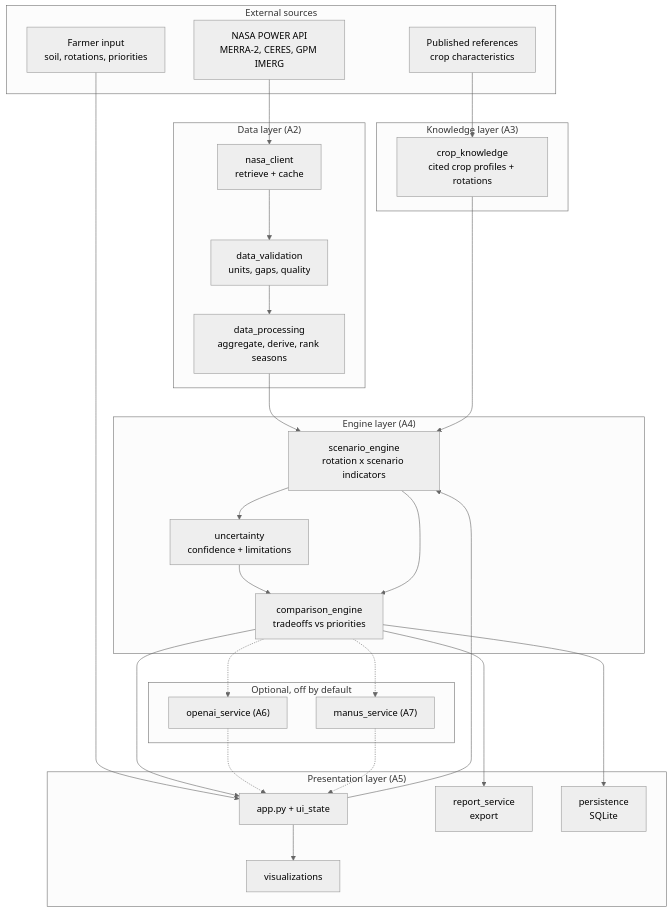
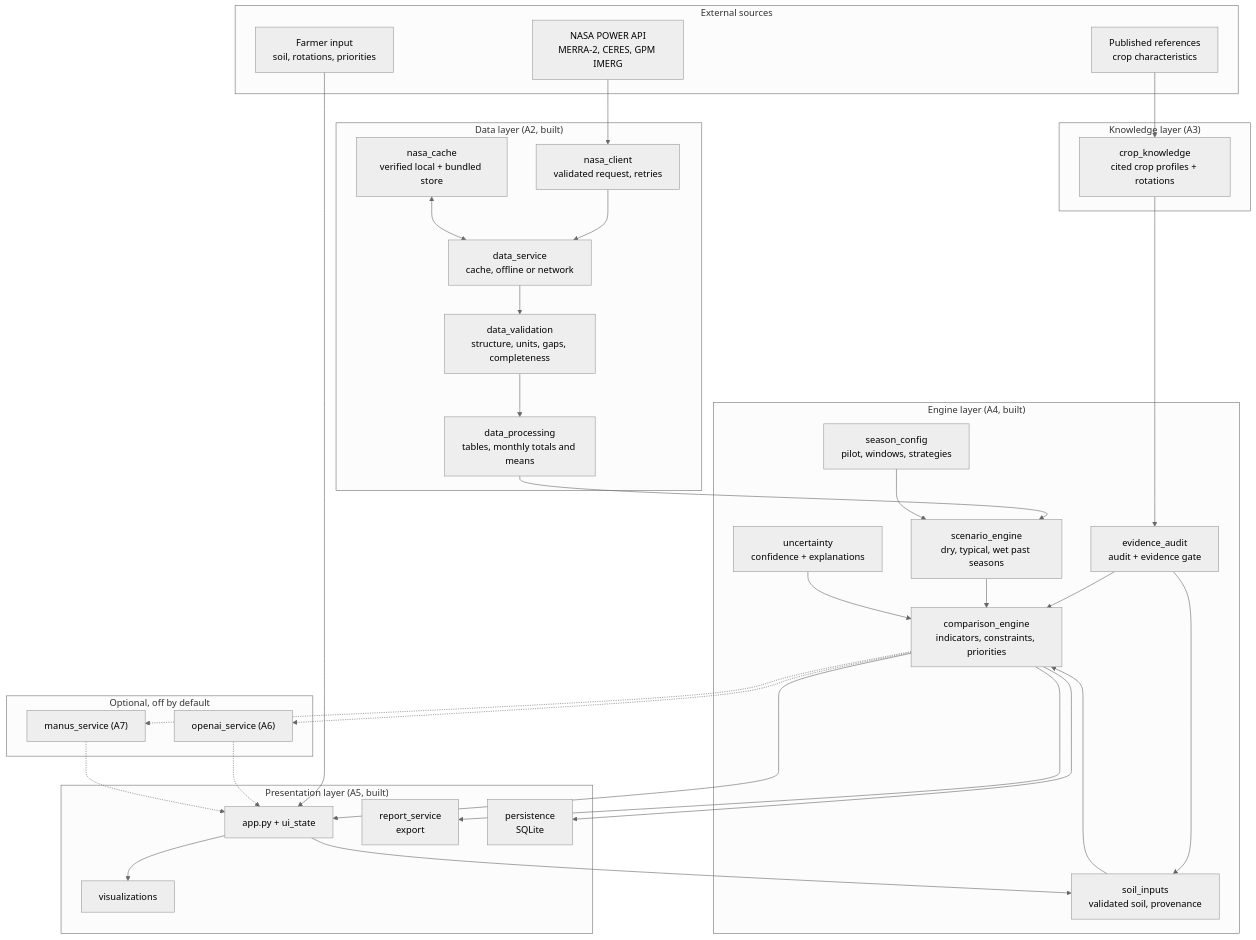
One commit to isaacleekumarwork-hub/cropshift-resilience changed the diagram in docs/architecture.md. Above: the diagram before and after it, drawn with Mermaid (neutral theme). The commit also changed other lines of this file and 77 other files, not shown here.

First line of the commit message:
Add NASA data layer, knowledge base, comparison engine and app (A2-A5)

````diff
--- a/docs/architecture.md
+++ b/docs/architecture.md
@@ -21,48 +21,57 @@
 ```mermaid
 flowchart TD
     subgraph External["External sources"]
         POWER["NASA POWER API<br/>MERRA-2, CERES, GPM IMERG"]
         USER["Farmer input<br/>soil, rotations, priorities"]
         REFS["Published references<br/>crop characteristics"]
     end
 
-    subgraph Data["Data layer (A2)"]
-        NC["nasa_client<br/>retrieve + cache"]
-        DV["data_validation<br/>units, gaps, quality"]
-        DP["data_processing<br/>aggregate, derive, rank seasons"]
+    subgraph Data["Data layer (A2, built)"]
+        DS["data_service<br/>cache, offline or network"]
+        NC["nasa_client<br/>validated request, retries"]
+        CA["nasa_cache<br/>verified local + bundled store"]
+        DV["data_validation<br/>structure, units, gaps, completeness"]
+        DP["data_processing<br/>tables, monthly totals and means"]
     end
 
     subgraph Knowledge["Knowledge layer (A3)"]
         CK["crop_knowledge<br/>cited crop profiles + rotations"]
     end
 
-    subgraph Engine["Engine layer (A4)"]
-        SE["scenario_engine<br/>rotation x scenario indicators"]
-        UN["uncertainty<br/>confidence + limitations"]
-        CE["comparison_engine<br/>tradeoffs vs priorities"]
+    subgraph Engine["Engine layer (A4, built)"]
+        EA["evidence_audit<br/>audit + evidence gate"]
+        SI["soil_inputs<br/>validated soil, provenance"]
+        SC["season_config<br/>pilot, windows, strategies"]
+        SE["scenario_engine<br/>dry, typical, wet past seasons"]
+        UN["uncertainty<br/>confidence + explanations"]
+        CE["comparison_engine<br/>indicators, constraints, priorities"]
     end
 
-    subgraph Presentation["Presentation layer (A5)"]
+    subgraph Presentation["Presentation layer (A5, built)"]
         UI["app.py + ui_state"]
         VZ["visualizations"]
         RS["report_service<br/>export"]
         PS["persistence<br/>SQLite"]
     end
 
     subgraph Optional["Optional, off by default"]
         OA["openai_service (A6)"]
         MA["manus_service (A7)"]
     end
 
-    POWER --> NC --> DV --> DP --> SE
-    REFS --> CK --> SE
-    USER --> UI --> SE
-    SE --> UN --> CE
+    POWER --> NC --> DS
+    CA <--> DS
+    DS --> DV --> DP --> SE
+    REFS --> CK --> EA --> CE
+    SC --> SE
+    USER --> UI --> SI --> CE
+    EA --> SI
     SE --> CE
+    UN --> CE
     CE --> UI
     UI --> VZ
     CE --> RS
     CE --> PS
     CE -.-> OA -.-> UI
     CE -.-> MA -.-> UI
 ```
````
